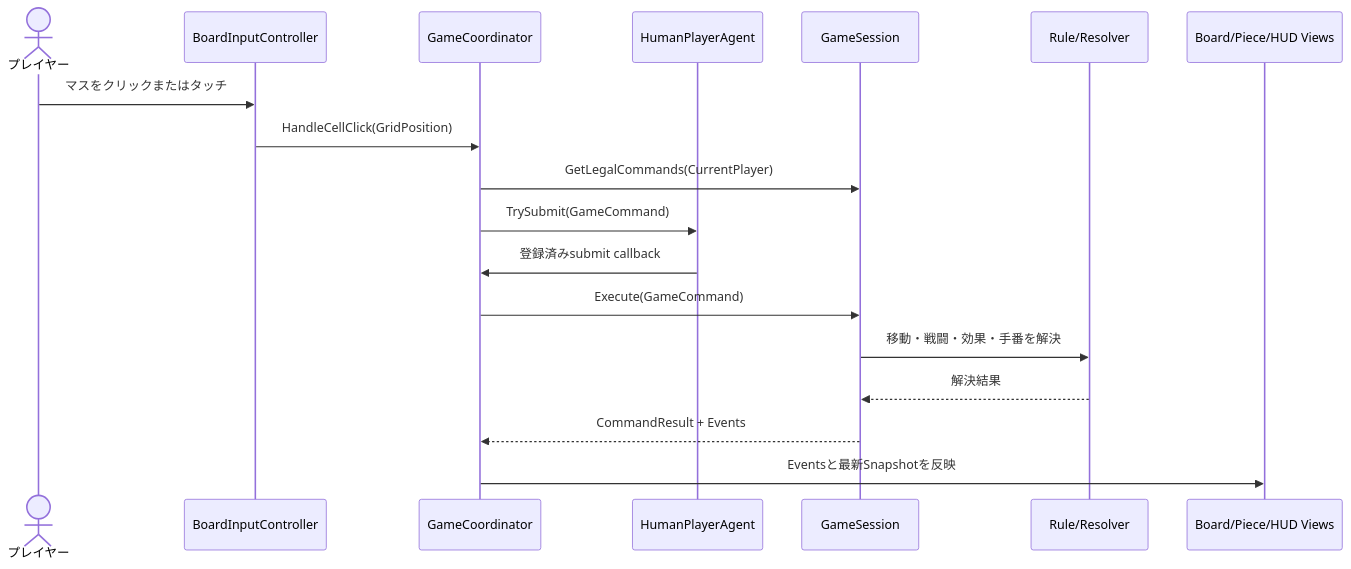
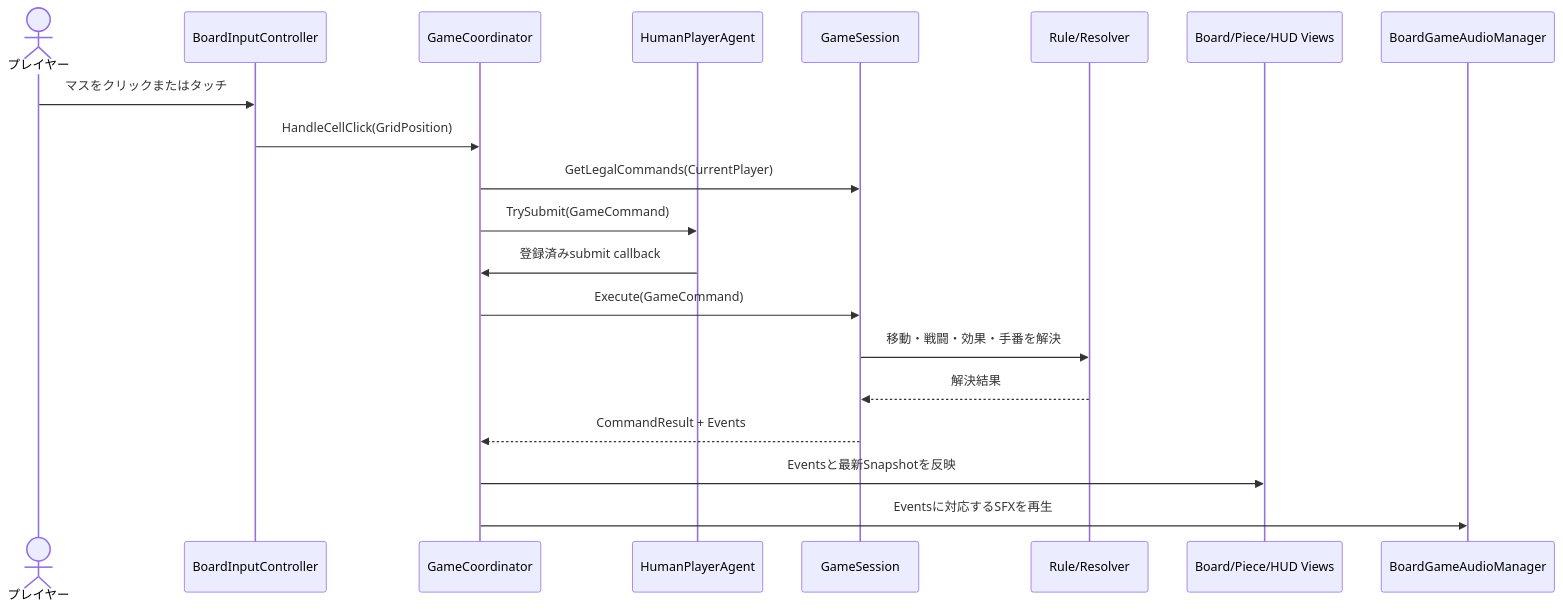
The second of 2 diagrams in docs/ARCHITECTURE.md (kutc-gccc/GCCC2026_GroupA), drawn with Mermaid before and after one commit. The commit also changed other lines of this file and 8 other files, not shown here.

````diff
--- a/docs/ARCHITECTURE.md
+++ b/docs/ARCHITECTURE.md
@@ -130,21 +135,23 @@
 ```mermaid
 sequenceDiagram
     actor User as プレイヤー
     participant Input as BoardInputController
     participant Coordinator as GameCoordinator
     participant Agent as HumanPlayerAgent
     participant Session as GameSession
     participant Rules as Rule/Resolver
     participant Views as Board/Piece/HUD Views
+    participant Audio as BoardGameAudioManager
 
     User->>Input: マスをクリックまたはタッチ
     Input->>Coordinator: HandleCellClick(GridPosition)
     Coordinator->>Session: GetLegalCommands(CurrentPlayer)
     Coordinator->>Agent: TrySubmit(GameCommand)
     Agent->>Coordinator: 登録済みsubmit callback
     Coordinator->>Session: Execute(GameCommand)
     Session->>Rules: 移動・戦闘・効果・手番を解決
     Rules-->>Session: 解決結果
     Session-->>Coordinator: CommandResult + Events
     Coordinator->>Views: Eventsと最新Snapshotを反映
+    Coordinator->>Audio: Eventsに対応するSFXを再生
 ```
````
